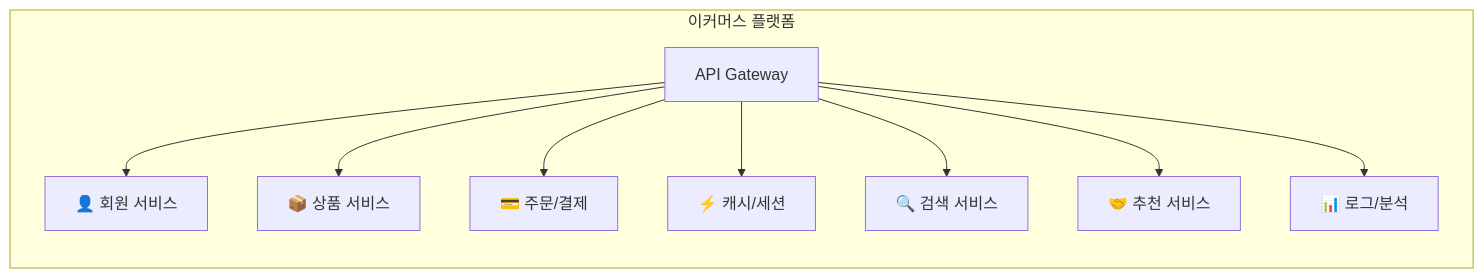
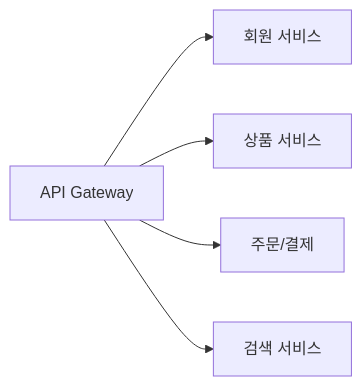
The sixth of 7 diagrams in _posts/nosql/2026-05-03-nosql-comparison.md (yjkim2015/yjkim2015.github.io), drawn with Mermaid before and after one commit. The commit also changed other lines of this file and 155 other files, not shown here.

First line of the commit message:
Mermaid 전면 수정: subgraph 제거, participant/노드/줄수 축소 (342블록)

````diff
--- a/_posts/nosql/2026-05-03-nosql-comparison.md
+++ b/_posts/nosql/2026-05-03-nosql-comparison.md
@@ -250,13 +246,8 @@
 ```mermaid
 flowchart LR
-    subgraph "이커머스 플랫폼"
-        API["API Gateway"]
-        API --> US["👤 회원 서비스"]
-        API --> PD["📦 상품 서비스"]
-        API --> OD["💳 주문/결제"]
-        API --> CA["⚡ 캐시/세션"]
-        API --> SR["🔍 검색 서비스"]
-        API --> RC["🤝 추천 서비스"]
-        API --> LG["📊 로그/분석"]
-    end
+    API["API Gateway"]
+    API --> US["회원 서비스"]
+    API --> PD["상품 서비스"]
+    API --> OD["주문/결제"]
+    API --> SR["검색 서비스"]
 ```
````
